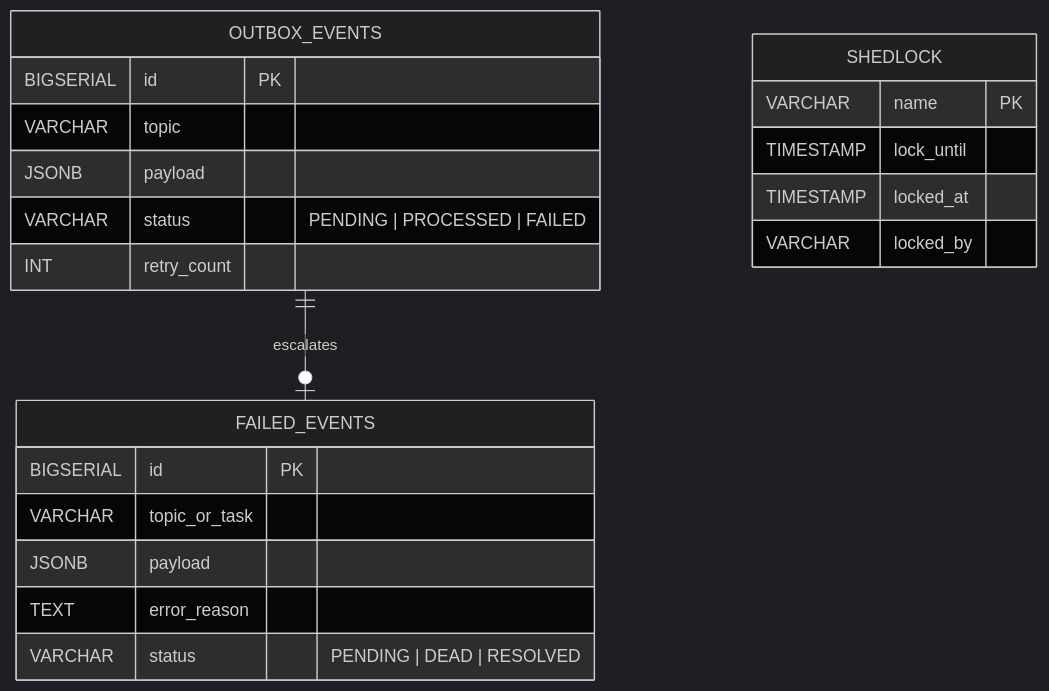
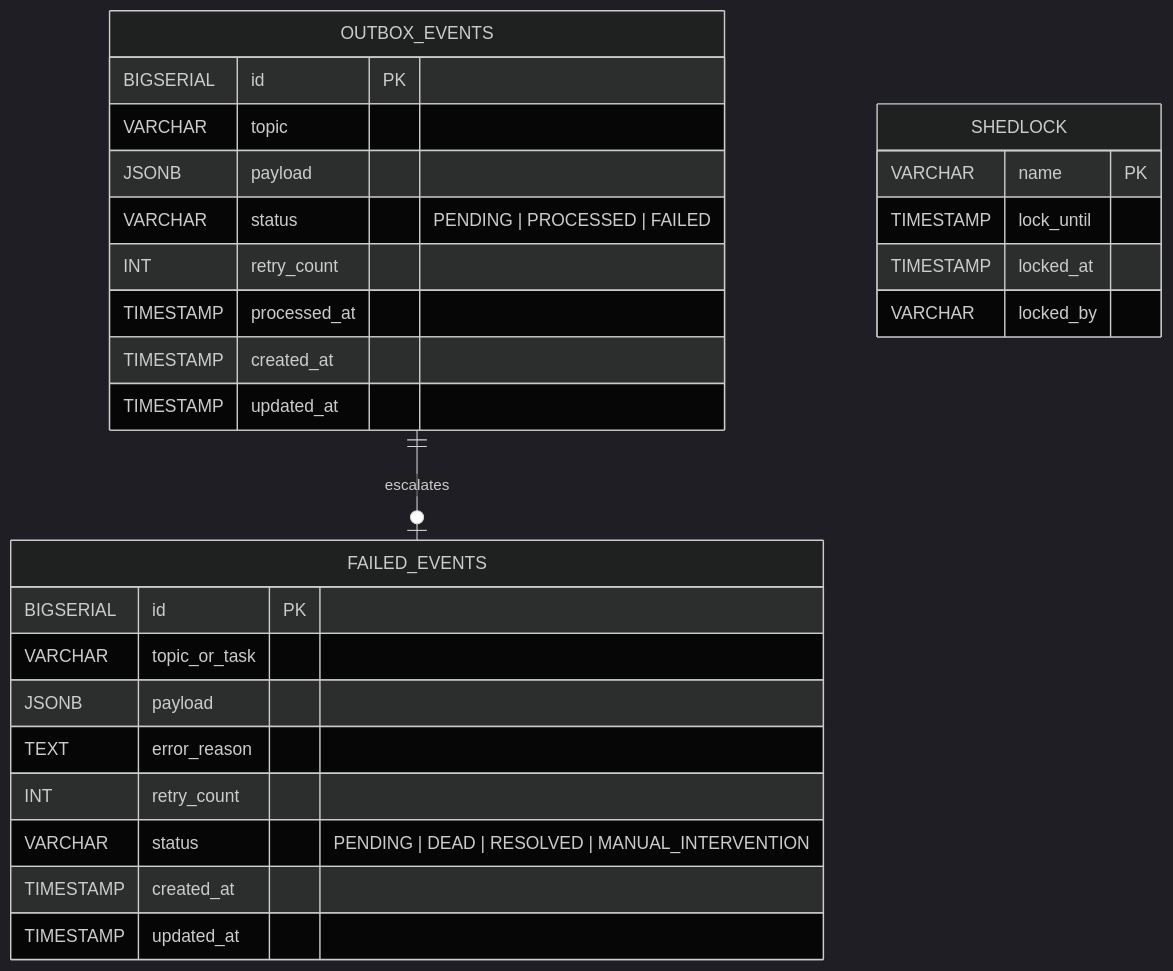
Before and after one commit to ldqanh1408/stealing-from-paradise: the eighth of 10 diagrams in docs/architecture/diagrams/01_erd_compact.md, drawn with Mermaid (dark theme). The commit also changed other lines of this file and 21 other files, not shown here.

````diff
--- a/docs/architecture/diagrams/01_erd_compact.md
+++ b/docs/architecture/diagrams/01_erd_compact.md
@@ -334,27 +447,33 @@
 ```mermaid
 erDiagram
     OUTBOX_EVENTS ||--o| FAILED_EVENTS : "escalates"
 
     OUTBOX_EVENTS {
         BIGSERIAL id PK
         VARCHAR topic
         JSONB payload
         VARCHAR status "PENDING | PROCESSED | FAILED"
         INT retry_count
+        TIMESTAMP processed_at
+        TIMESTAMP created_at
+        TIMESTAMP updated_at
     }
 
     FAILED_EVENTS {
         BIGSERIAL id PK
         VARCHAR topic_or_task
         JSONB payload
         TEXT error_reason
-        VARCHAR status "PENDING | DEAD | RESOLVED"
+        INT retry_count
+        VARCHAR status "PENDING | DEAD | RESOLVED | MANUAL_INTERVENTION"
+        TIMESTAMP created_at
+        TIMESTAMP updated_at
     }
 
     SHEDLOCK {
         VARCHAR name PK
         TIMESTAMP lock_until
         TIMESTAMP locked_at
         VARCHAR locked_by
     }
 ```
````
